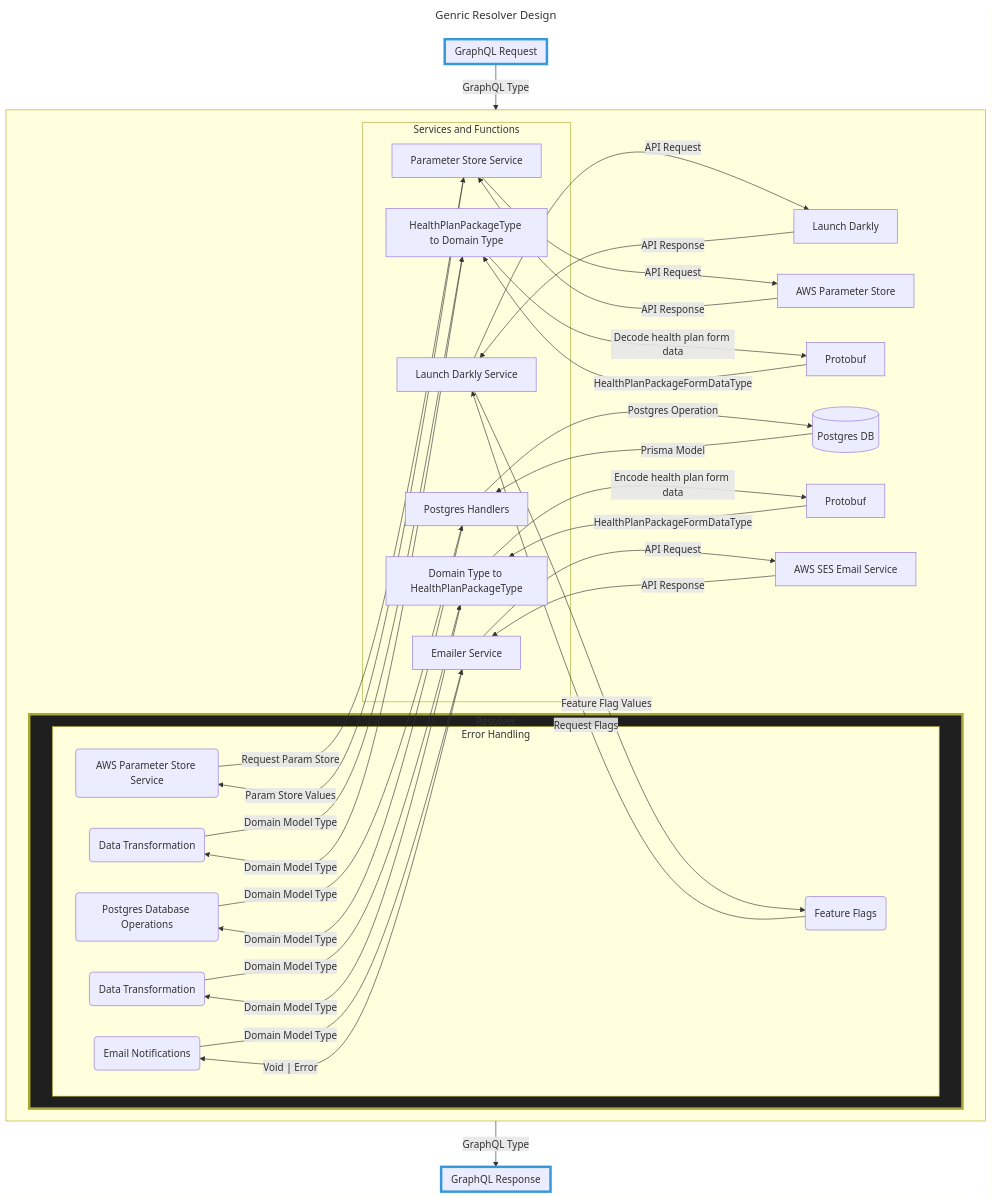
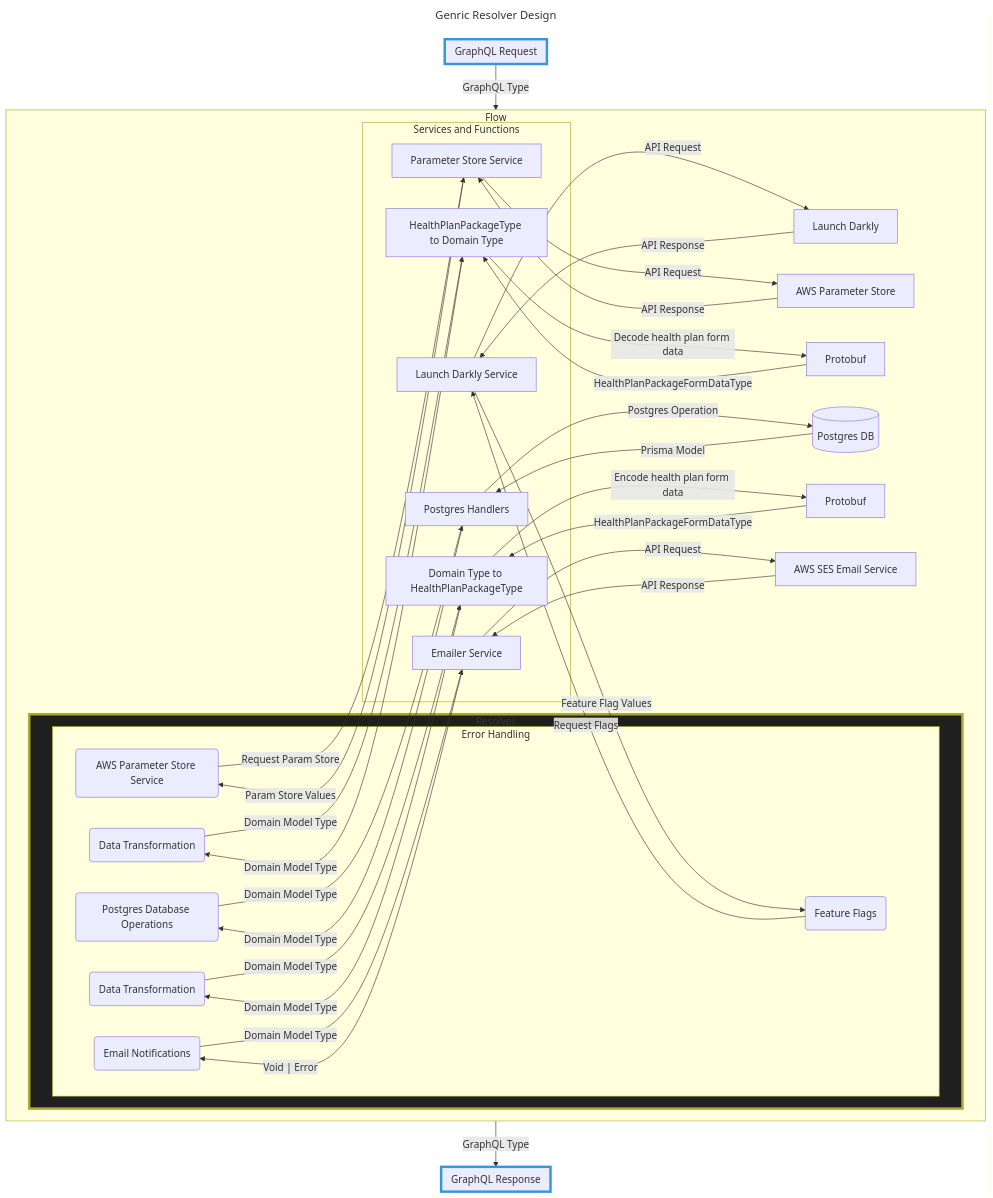
The first of 2 diagrams in docs/technical-design/resovler-design.md (Enterprise-CMCS/managed-care-review), drawn with Mermaid before and after one commit. The commit also changed other lines of this file, not shown here.

Commit message:
Fix some mermaid markdown errors.

````diff
--- a/docs/technical-design/resovler-design.md
+++ b/docs/technical-design/resovler-design.md
@@ -19,69 +19,69 @@
 ```mermaid
 ---
 title: Genric Resolver Design
 ---
 flowchart TD
     subgraph request[GraphQL Request]
     end
-    subgraph container[ ]
+    subgraph container[Flow]
       direction LR
       subgraph resolver[Resolver]
           subgraph errorHandling[Error Handling]
             featureFlags(Feature Flags)
             awsParameterStore(AWS Parameter Store Service)
             dataTransformation1(Data Transformation)
             postgresOperations(Postgres Database Operations)
             dataTransformation2(Data Transformation)
             emailNotification(Email Notifications)
           end
       end
       
       subgraph servicesAndFunctions[Services and Functions]
         ldService[Launch Darkly Service]
         awsParamService[Parameter Store Service]
         postHandlers[Postgres Handlers]
         emailerService[Emailer Service]
         hppToDomainType[HealthPlanPackageType to Domain Type]
         domainToHPPType[Domain Type to HealthPlanPackageType]
       end
 
       featureFlags -- Request Flags --> ldService
       ldService -- Feature Flag Values --> featureFlags
       ldService -- API Request --> launchDarkly[Launch Darkly]
       launchDarkly[Launch Darkly] -- API Response --> ldService
 
       awsParameterStore -- Request Param Store --> awsParamService
       awsParamService -- Param Store Values --> awsParameterStore
       awsParamService -- API Request --> awsParam[AWS Parameter Store]
       awsParam[AWS Parameter Store] -- API Response --> awsParamService
 
       dataTransformation1 -- Domain Model Type --> hppToDomainType
       hppToDomainType -- Domain Model Type --> dataTransformation1
       hppToDomainType -- Decode health plan form data --> protobuf1[Protobuf]
       protobuf1[Protobuf] -- HealthPlanPackageFormDataType --> hppToDomainType
 
       postgresOperations -- Domain Model Type --> postHandlers
       postHandlers -- Domain Model Type --> postgresOperations
       postHandlers -- Postgres Operation --> postgresDB[(Postgres DB)]
       postgresDB[(Postgres DB)] -- Prisma Model --> postHandlers
 
       dataTransformation2 -- Domain Model Type --> domainToHPPType
       domainToHPPType -- Domain Model Type --> dataTransformation2
       domainToHPPType -- Encode health plan form data --> protobuf2[Protobuf]
       protobuf2[Protobuf] -- HealthPlanPackageFormDataType --> domainToHPPType
 
       emailNotification -- Domain Model Type --> emailerService
       emailerService -- Void | Error --> emailNotification
       emailerService -- API Request --> sesEmailer[AWS SES Email Service]
       sesEmailer[AWS SES Email Service] -- API Response --> emailerService
     end
     subgraph response[GraphQL Response]
     end
     
     request -- GraphQL Type --> container
     container -- GraphQL Type --> response
 
     style request stroke:#3498DB,stroke-width:4px
     style response stroke:#3498DB,stroke-width:4px
     style resolver stroke:,stroke-width:4px,fill:#1f1f1f;
 ```
````
